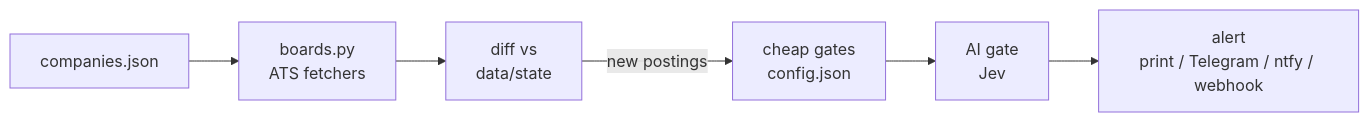
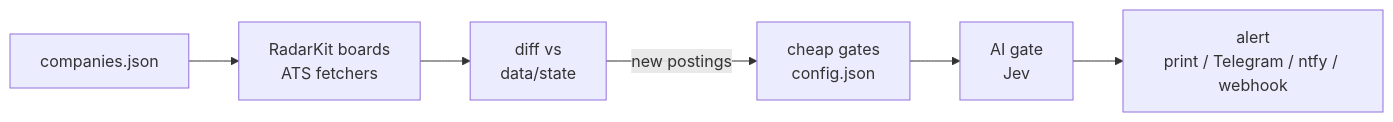
Before and after one commit to farhaduneci/JobRadar: the diagram in README.md, drawn with Mermaid. The commit also changed other lines of this file and 3 other files, not shown here.

Commit message:
docs: point board and channel docs at RadarKit

````diff
--- a/README.md
+++ b/README.md
@@ -9,8 +9,8 @@
 ```mermaid
 flowchart LR
-    A[companies.json] --> B[boards.py<br/>ATS fetchers]
+    A[companies.json] --> B[RadarKit boards<br/>ATS fetchers]
     B --> C[diff vs<br/>data/state]
     C -->|new postings| D[cheap gates<br/>config.json]
     D --> E[AI gate<br/>Jev]
     E --> F[alert<br/>print / Telegram / ntfy / webhook]
 ```
````
